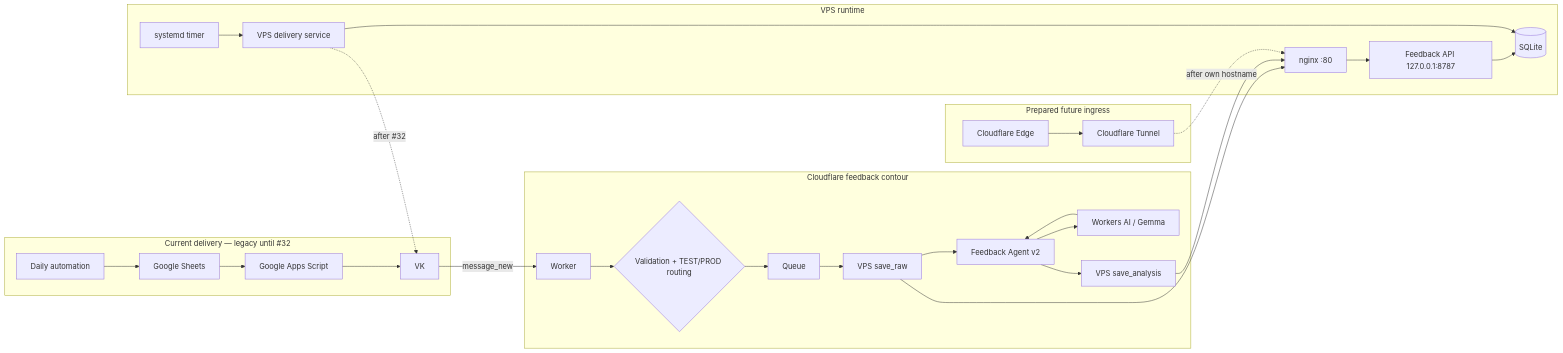
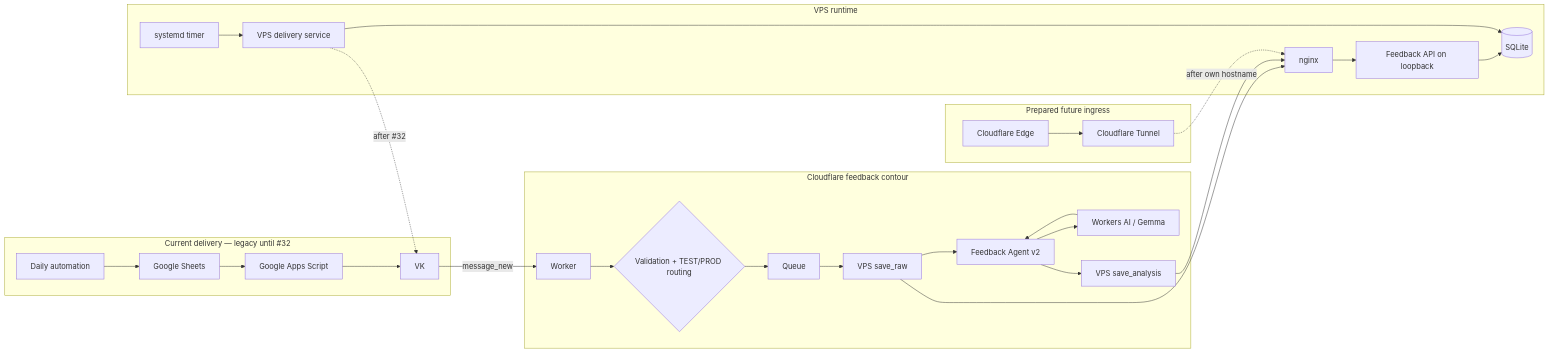
Before and after one commit to LukshinVI/game-of-the-day: the first of 3 diagrams in docs/architecture.md, drawn with Mermaid. The commit also changed other lines of this file, not shown here.

````diff
--- a/docs/architecture.md
+++ b/docs/architecture.md
@@ -9,35 +9,35 @@
 ```mermaid
 flowchart LR
     subgraph LEGACY[Current delivery — legacy until #32]
         AUTO[Daily automation] --> GS[Google Sheets]
         GS --> GAS[Google Apps Script]
         GAS --> VK[VK]
     end
 
     subgraph CF[Cloudflare feedback contour]
         VK -->|message_new| W[Worker]
         W --> VAL{Validation + TEST/PROD routing}
         VAL --> Q[Queue]
         Q --> RAW[VPS save_raw]
         RAW --> FA[Feedback Agent v2]
         FA --> AI[Workers AI / Gemma]
         AI --> FA
         FA --> AN[VPS save_analysis]
     end
 
     subgraph VPS[VPS runtime]
-        NGINX[nginx :80] --> API[Feedback API 127.0.0.1:8787]
+        NGINX[nginx] --> API[Feedback API on loopback]
         API --> DB[(SQLite)]
         DELIVERY[VPS delivery service] --> DB
         TIMER[systemd timer] --> DELIVERY
     end
 
     RAW --> NGINX
     AN --> NGINX
     DELIVERY -. after #32 .-> VK
 
     subgraph FUTURE[Prepared future ingress]
         EDGE[Cloudflare Edge] --> TUNNEL[Cloudflare Tunnel]
         TUNNEL -. after own hostname .-> NGINX
     end
 ```
````
